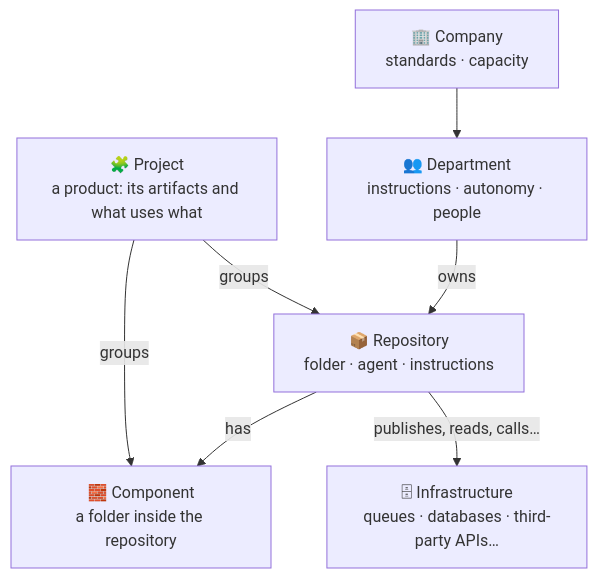
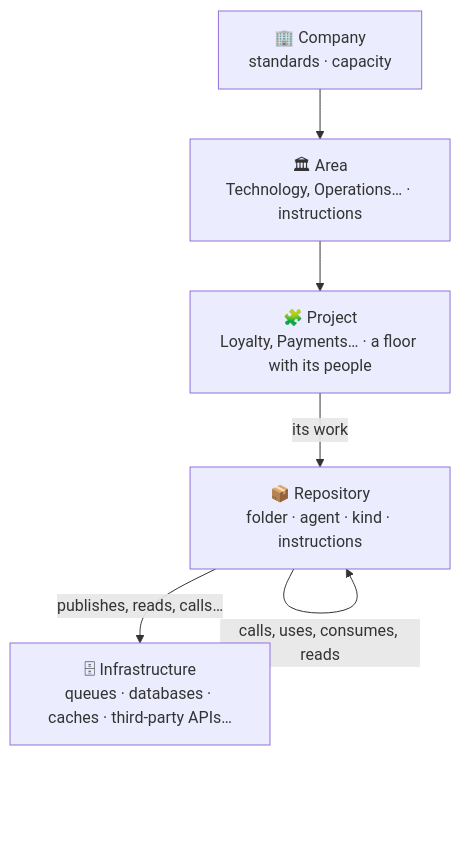
The diagram in docs/company.md (fmunoztorrent/dev-office), drawn with Mermaid before and after one commit. The commit also changed other lines of this file and 17 other files, not shown here.

````diff
--- a/docs/company.md
+++ b/docs/company.md
@@ -9,15 +9,13 @@
 ```mermaid
 flowchart TB
   company["🏢 Company<br/>standards · capacity"]
-  dept["👥 Department<br/>instructions · autonomy · people"]
-  repo["📦 Repository<br/>folder · agent · instructions"]
-  comp["🧱 Component<br/>a folder inside the repository"]
-  project["🧩 Project<br/>a product: its artifacts and what uses what"]
-  infra["🗄 Infrastructure<br/>queues · databases · third-party APIs…"]
-  company --> dept
-  dept -- owns --> repo
-  repo -- has --> comp
-  project -- groups --> repo
-  project -- groups --> comp
+  area["🏛 Area<br/>Technology, Operations… · instructions"]
+  project["🧩 Project<br/>Loyalty, Payments… · a floor with its people"]
+  repo["📦 Repository<br/>folder · agent · kind · instructions"]
+  infra["🗄 Infrastructure<br/>queues · databases · caches · third-party APIs…"]
+  company --> area
+  area --> project
+  project -- "its work" --> repo
+  repo -- "calls, uses, consumes, reads" --> repo
   repo -- "publishes, reads, calls…" --> infra
 ```
````
